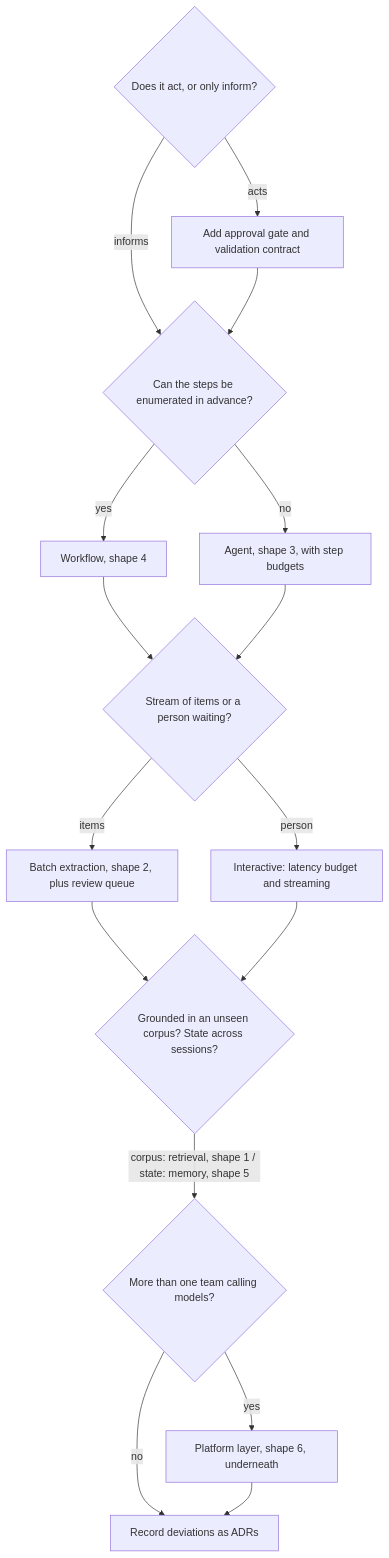
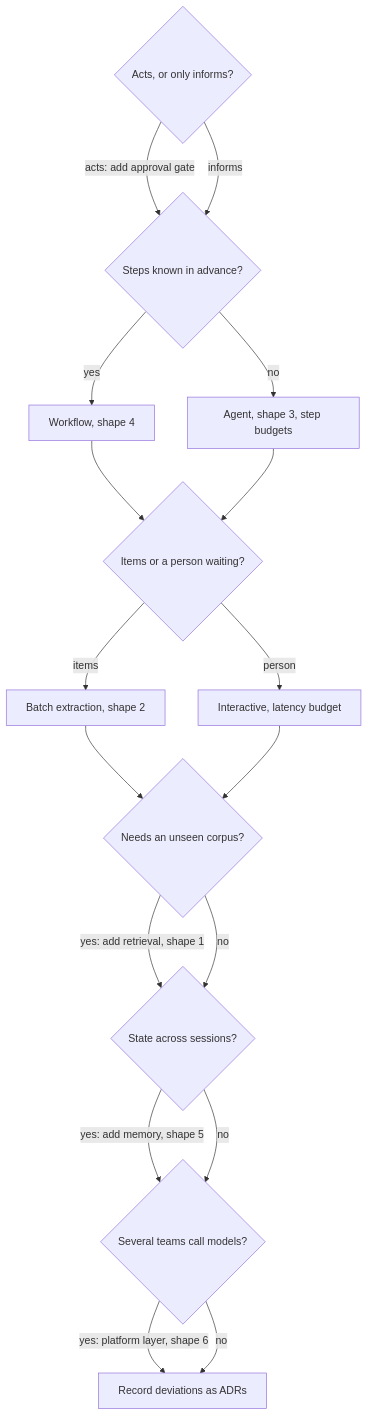
One commit to lovishmahajan97/agentic-learning changed the diagram in content/system-design/reference-architectures.md. Above: the diagram before and after it, drawn with Mermaid. The commit also changed other lines of this file and 81 other files, not shown here.

````diff
--- a/content/system-design/reference-architectures.md
+++ b/content/system-design/reference-architectures.md
@@ -131,18 +133,19 @@
 ```mermaid
 flowchart TD
-    Q1{"Does it act, or only inform?"} -->|"acts"| AG["Add approval gate and validation contract"]
+    Q1{"Acts, or only informs?"} -->|"acts: add approval gate"| Q2{"Steps known in advance?"}
     Q1 -->|"informs"| Q2
-    AG --> Q2{"Can the steps be enumerated in advance?"}
     Q2 -->|"yes"| WF["Workflow, shape 4"]
-    Q2 -->|"no"| AGT["Agent, shape 3, with step budgets"]
-    WF --> Q3{"Stream of items or a person waiting?"}
+    Q2 -->|"no"| AGT["Agent, shape 3, step budgets"]
+    WF --> Q3{"Items or a person waiting?"}
     AGT --> Q3
-    Q3 -->|"items"| EX["Batch extraction, shape 2, plus review queue"]
-    Q3 -->|"person"| IA["Interactive: latency budget and streaming"]
-    EX --> Q4{"Grounded in an unseen corpus? State across sessions?"}
+    Q3 -->|"items"| EX["Batch extraction, shape 2"]
+    Q3 -->|"person"| IA["Interactive, latency budget"]
+    EX --> Q4{"Needs an unseen corpus?"}
     IA --> Q4
-    Q4 -->|"corpus: retrieval, shape 1 / state: memory, shape 5"| Q5{"More than one team calling models?"}
-    Q5 -->|"yes"| PL["Platform layer, shape 6, underneath"]
-    Q5 -->|"no"| D["Record deviations as ADRs"]
-    PL --> D
+    Q4 -->|"yes: add retrieval, shape 1"| Q5{"State across sessions?"}
+    Q4 -->|"no"| Q5
+    Q5 -->|"yes: add memory, shape 5"| Q6{"Several teams call models?"}
+    Q5 -->|"no"| Q6
+    Q6 -->|"yes: platform layer, shape 6"| D["Record deviations as ADRs"]
+    Q6 -->|"no"| D
 ```
````
